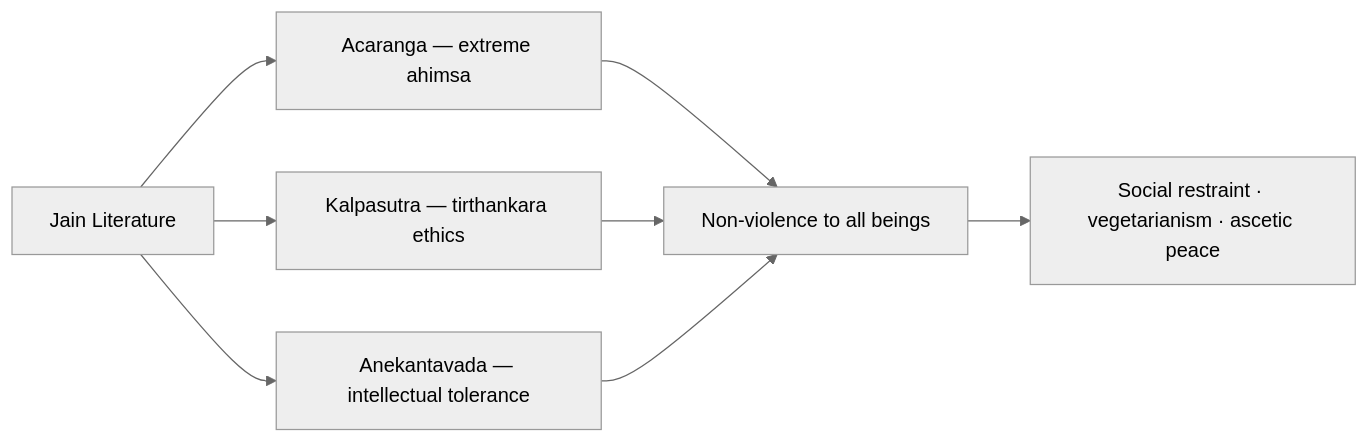
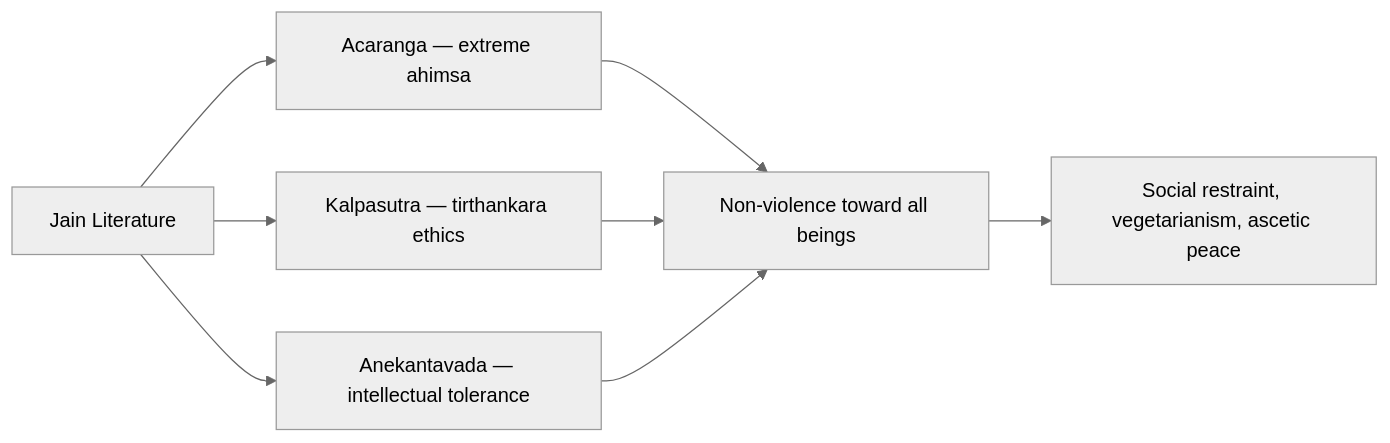
One commit to nitishpratap/UP-PCS changed the second of 2 diagrams in mains-pyqs/GS-1/01_Art_Culture/14_Jain_Literature.md. Above: the diagram before and after it, drawn with Mermaid (neutral theme). The commit also changed other lines of this file and 97 other files, not shown here.

````diff
--- a/mains-pyqs/GS-1/01_Art_Culture/14_Jain_Literature.md
+++ b/mains-pyqs/GS-1/01_Art_Culture/14_Jain_Literature.md
@@ -132,10 +111,10 @@
 ```mermaid
 flowchart LR
   J[Jain Literature] --> A[Acaranga — extreme ahimsa]
   J --> K[Kalpasutra — tirthankara ethics]
   J --> AN[Anekantavada — intellectual tolerance]
-  A --> P[Non-violence to all beings]
+  A --> P[Non-violence toward all beings]
   K --> P
   AN --> P
-  P --> S[Social restraint · vegetarianism · ascetic peace]
+  P --> S[Social restraint, vegetarianism, ascetic peace]
 ```
````
